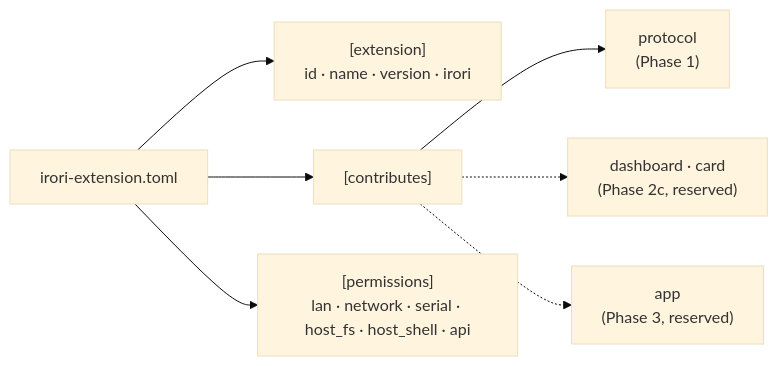
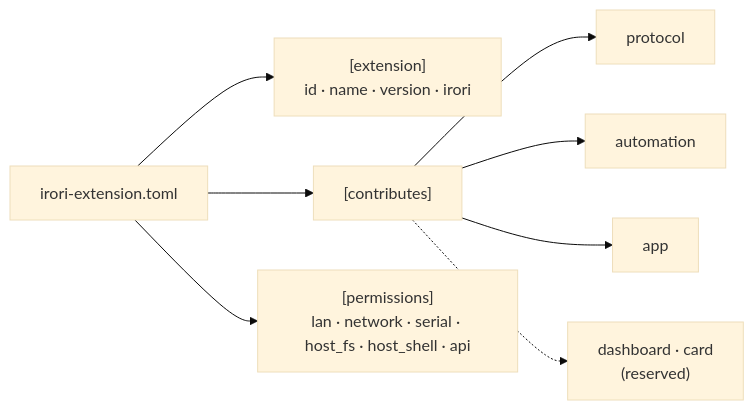
Before and after one commit to nicosandller/irori_os: the first of 2 diagrams in docs/specs/extensions.md, drawn with Mermaid (base theme). The commit also changed other lines of this file and 4 other files, not shown here.

First line of the commit message:
Specify automations as extensions: pillars, engine and app contract, flow engine

````diff
--- a/docs/specs/extensions.md
+++ b/docs/specs/extensions.md
@@ -27,9 +28,10 @@
 ```mermaid
 flowchart LR
     manifest["irori-extension.toml"] --> info["[extension]<br/>id · name · version · irori"]
     manifest --> contributes["[contributes]"]
     manifest --> permissions["[permissions]<br/>lan · network · serial · host_fs · host_shell · api"]
-    contributes --> protocol["protocol<br/>(Phase 1)"]
-    contributes -.-> dashboard["dashboard · card<br/>(Phase 2c, reserved)"]
-    contributes -.-> app["app<br/>(Phase 3, reserved)"]
+    contributes --> protocol["protocol"]
+    contributes --> automation["automation"]
+    contributes --> app["app"]
+    contributes -.-> dashboard["dashboard · card<br/>(reserved)"]
 ```
````
